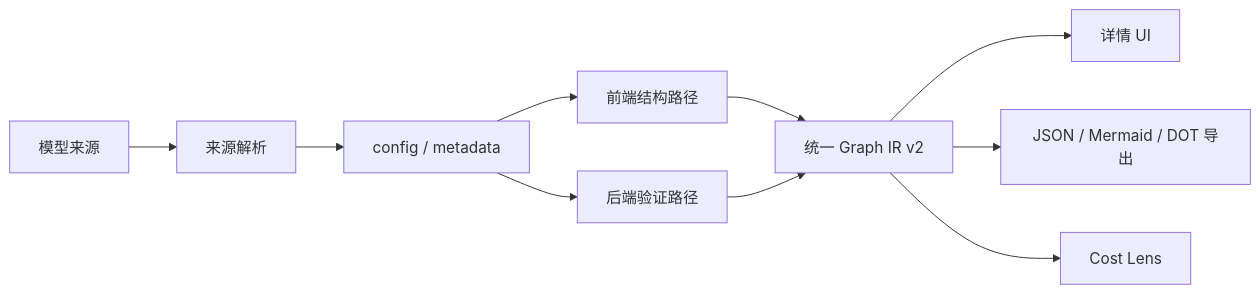
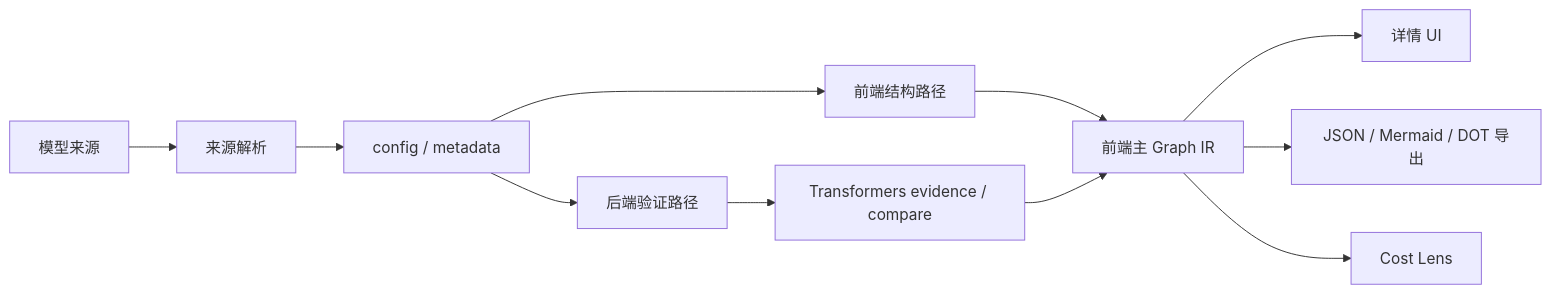
The diagram in docs/architecture.md (KinChow/model-structure-viewer), drawn with Mermaid before and after one commit. The commit also changed other lines of this file and 8 other files, not shown here.

Commit message:
docs: 执行路线定稿 + 对账修正 —— N2-4 文档收尾、schemas 重复字段 14/行号更新、§10 counts 覆盖销账、e2e 并行 flake 注记

````diff
--- a/docs/architecture.md
+++ b/docs/architecture.md
@@ -9,12 +9,13 @@
 ```mermaid
 flowchart LR
   S[模型来源] --> R[来源解析]
   R --> C[config / metadata]
   C --> F[前端结构路径]
   C --> B[后端验证路径]
-  F --> IR[统一 Graph IR v2]
-  B --> IR
+  F --> IR[前端主 Graph IR]
+  B --> O[Transformers evidence / compare]
+  O --> IR
   IR --> V[详情 UI]
   IR --> E[JSON / Mermaid / DOT 导出]
   IR --> L[Cost Lens]
 ```
````
